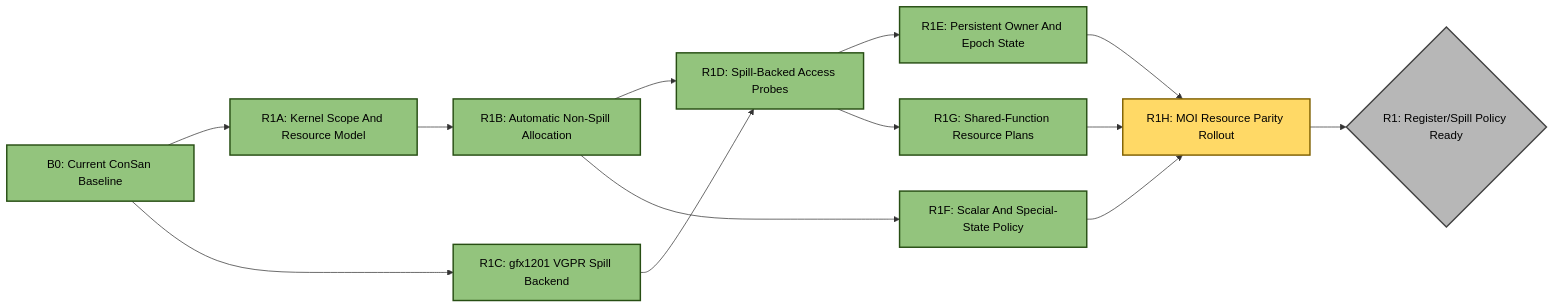
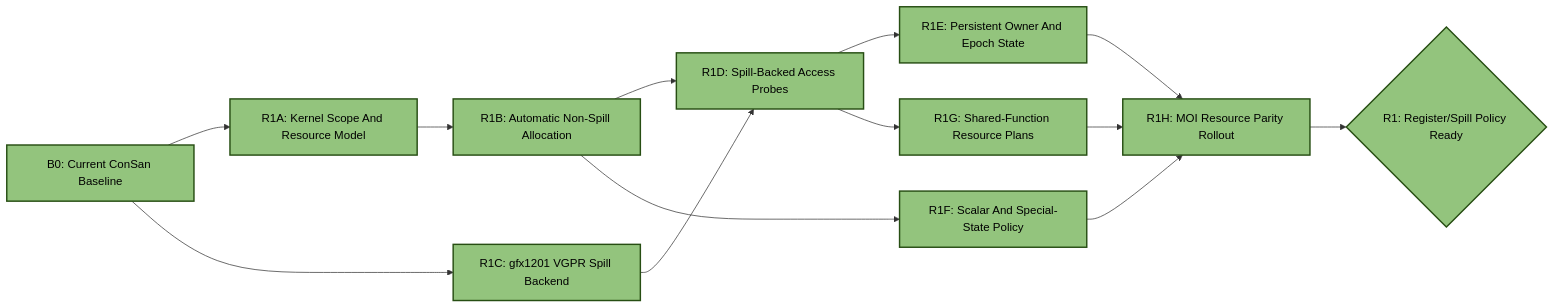
One commit to ROCm/rocm-systems changed the first of 4 diagrams in emulation/rocjitsu/docs/consan/PLAN.md. Above: the diagram before and after it, drawn with Mermaid. The commit also changed other lines of this file and 6 other files, not shown here.

````diff
--- a/emulation/rocjitsu/docs/consan/PLAN.md
+++ b/emulation/rocjitsu/docs/consan/PLAN.md
@@ -87,30 +87,30 @@
 ```mermaid
 flowchart LR
   B0["B0: Current ConSan Baseline"]:::done
   R1A["R1A: Kernel Scope And Resource Model"]:::done
   R1B["R1B: Automatic Non-Spill Allocation"]:::done
   R1C["R1C: gfx1201 VGPR Spill Backend"]:::done
   R1D["R1D: Spill-Backed Access Probes"]:::done
   R1E["R1E: Persistent Owner And Epoch State"]:::done
   R1F["R1F: Scalar And Special-State Policy"]:::done
   R1G["R1G: Shared-Function Resource Plans"]:::done
-  R1H["R1H: MOI Resource Parity Rollout"]:::active
-  R1{"R1: Register/Spill Policy Ready"}:::todo
+  R1H["R1H: MOI Resource Parity Rollout"]:::done
+  R1{"R1: Register/Spill Policy Ready"}:::done
 
   B0 --> R1A
   B0 --> R1C
   R1A --> R1B
   R1B --> R1D
   R1C --> R1D
   R1B --> R1F
   R1D --> R1E
   R1D --> R1G
   R1E --> R1H
   R1F --> R1H
   R1G --> R1H
   R1H --> R1
 
   classDef done fill:#93c47d,stroke:#274e13,stroke-width:2px,color:#000;
   classDef active fill:#ffd966,stroke:#7f6000,stroke-width:2px,color:#000;
   classDef todo fill:#b7b7b7,stroke:#434343,stroke-width:2px,color:#000;
 ```
````
